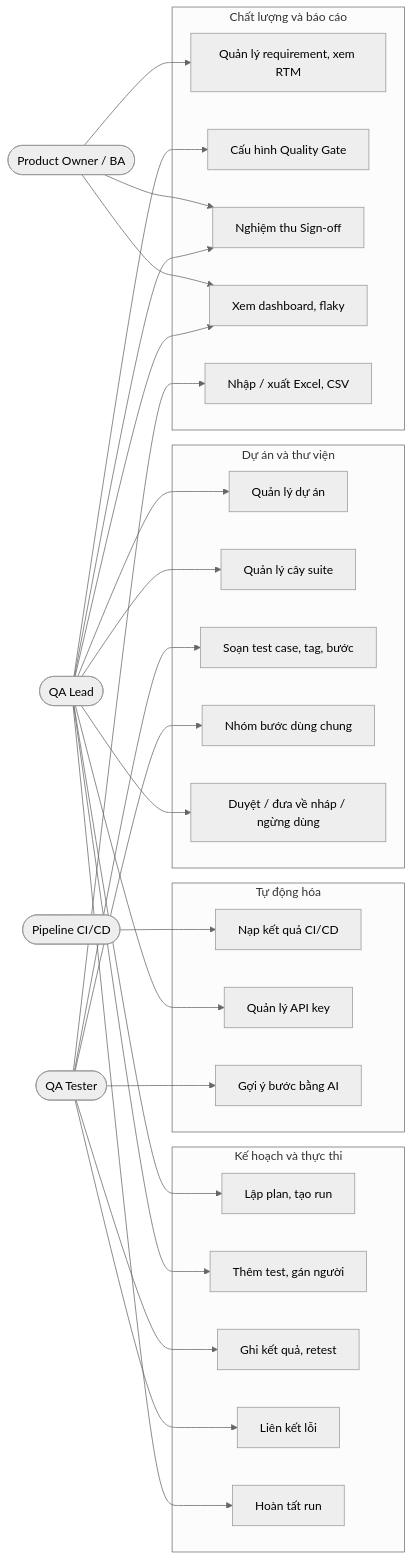
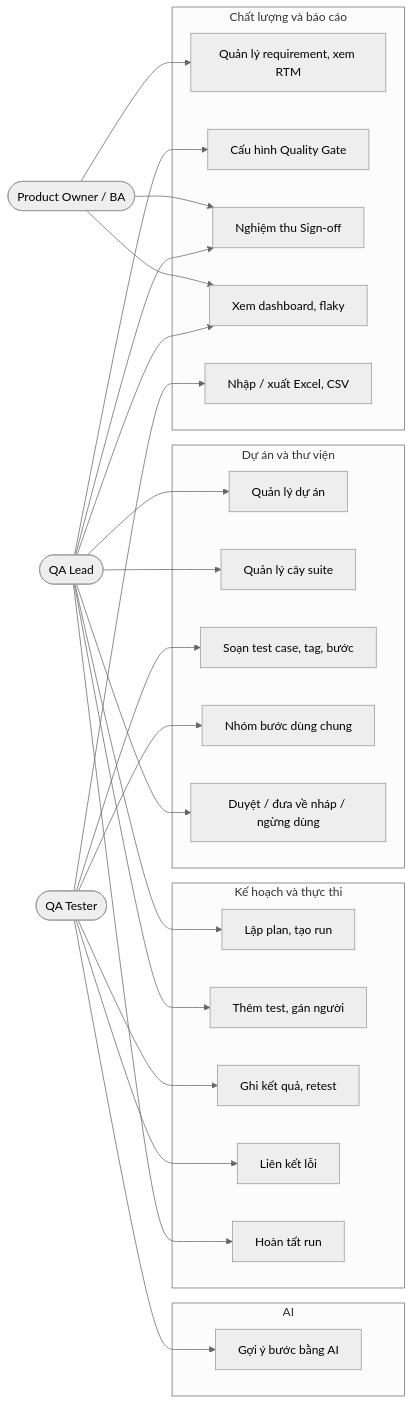
One commit to Huyit2k5/testcase_manager changed diagram 19 of 19 in BUSINESS_ANALYSIS_TEST_CASE_MANAGEMENT.md. Above: the diagram before and after it, drawn with Mermaid (neutral theme). The commit also changed other lines of this file, not shown here.

````diff
--- a/BUSINESS_ANALYSIS_TEST_CASE_MANAGEMENT.md
+++ b/BUSINESS_ANALYSIS_TEST_CASE_MANAGEMENT.md
@@ -606,39 +572,35 @@
 ```mermaid
 flowchart LR
     QL(["QA Lead"])
     QT(["QA Tester"])
     PO(["Product Owner / BA"])
-    CI(["Pipeline CI/CD"])
 
     subgraph PRJ["Dự án và thư viện"]
         U1["Quản lý dự án"]
         U2["Quản lý cây suite"]
         U3["Soạn test case, tag, bước"]
         U4["Nhóm bước dùng chung"]
         U5["Duyệt / đưa về nháp / ngừng dùng"]
     end
     subgraph EXE["Kế hoạch và thực thi"]
         U6["Lập plan, tạo run"]
         U7["Thêm test, gán người"]
         U8["Ghi kết quả, retest"]
         U9["Liên kết lỗi"]
         U10["Hoàn tất run"]
     end
     subgraph QUA["Chất lượng và báo cáo"]
         U11["Quản lý requirement, xem RTM"]
         U12["Cấu hình Quality Gate"]
         U13["Nghiệm thu Sign-off"]
         U14["Xem dashboard, flaky"]
         U15["Nhập / xuất Excel, CSV"]
     end
-    subgraph AUT["Tự động hóa"]
-        U16["Nạp kết quả CI/CD"]
-        U17["Quản lý API key"]
-        U18["Gợi ý bước bằng AI"]
+    subgraph AUT["AI"]
+        U16["Gợi ý bước bằng AI"]
     end
 
-    QL --> U1 & U2 & U5 & U6 & U7 & U10 & U12 & U13 & U14 & U17
-    QT --> U3 & U4 & U8 & U9 & U15 & U18
+    QL --> U1 & U2 & U5 & U6 & U7 & U10 & U12 & U13 & U14
+    QT --> U3 & U4 & U8 & U9 & U15 & U16
     PO --> U11 & U13 & U14
-    CI --> U16
 ```
````
